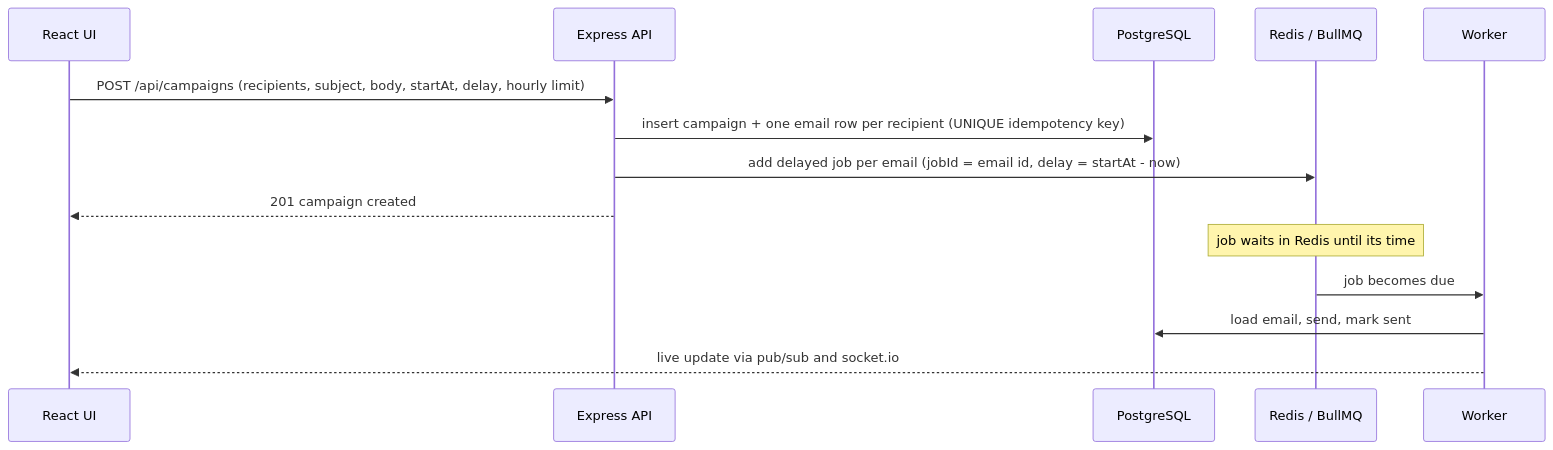
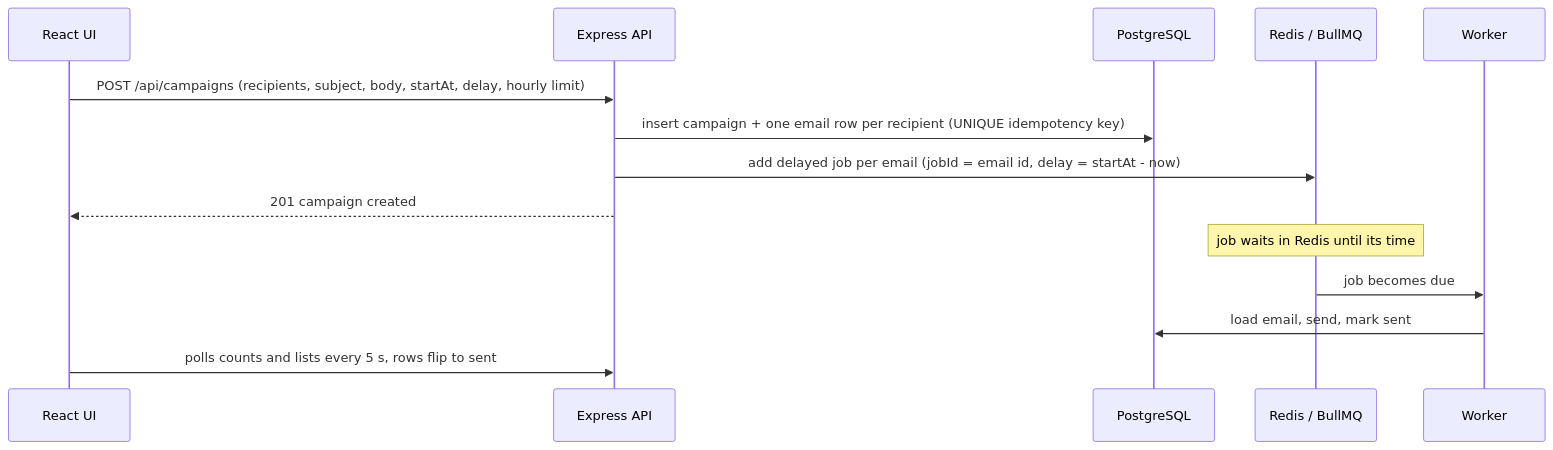
One commit to DhruvJyotiDas/Email-Job-Scheduler changed the second of 5 diagrams in README.md. Above: the diagram before and after it, drawn with Mermaid. The commit also changed other lines of this file and 7 other files, not shown here.

````diff
--- a/README.md
+++ b/README.md
@@ -82,16 +79,16 @@
 ```mermaid
 sequenceDiagram
   participant UI as React UI
   participant API as Express API
   participant DB as PostgreSQL
   participant Q as Redis / BullMQ
   participant W as Worker
   UI->>API: POST /api/campaigns (recipients, subject, body, startAt, delay, hourly limit)
   API->>DB: insert campaign + one email row per recipient (UNIQUE idempotency key)
   API->>Q: add delayed job per email (jobId = email id, delay = startAt - now)
   API-->>UI: 201 campaign created
   Note over Q: job waits in Redis until its time
   Q->>W: job becomes due
   W->>DB: load email, send, mark sent
-  W-->>UI: live update via pub/sub and socket.io
+  UI->>API: polls counts and lists every 5 s, rows flip to sent
 ```
````
